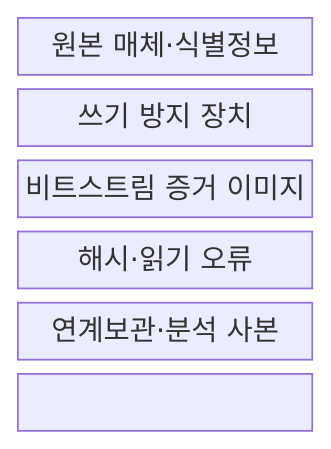
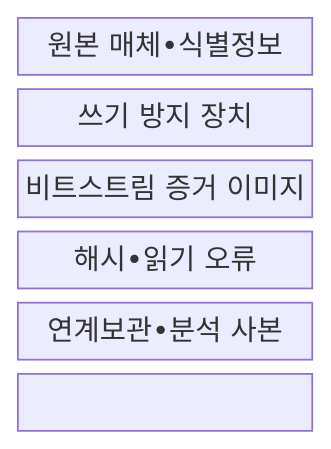
The first of 2 diagrams in src/content/docs/notes/05-security/116_disk_imaging_hash_integrity.md (agnusdei1207/knowledge-base), drawn with Mermaid before and after one commit. The commit also changed other lines of this file and 953 other files, not shown here.

````diff
--- a/src/content/docs/notes/05-security/116_disk_imaging_hash_integrity.md
+++ b/src/content/docs/notes/05-security/116_disk_imaging_hash_integrity.md
@@ -65,11 +65,11 @@
 ```mermaid
 block-beta
   columns 1
-  O["원본 매체·식별정보"]
+  O["원본 매체•식별정보"]
   W["쓰기 방지 장치"]
   I["비트스트림 증거 이미지"]
-  H["해시·읽기 오류"]
-  C["연계보관·분석 사본"]
+  H["해시•읽기 오류"]
+  C["연계보관•분석 사본"]
   O --- W --- I
   I --- H --- C
 ```
````
